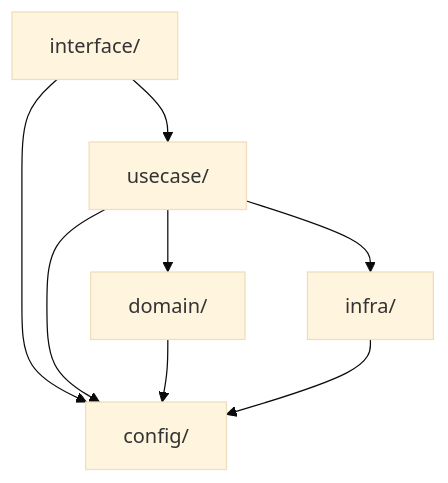
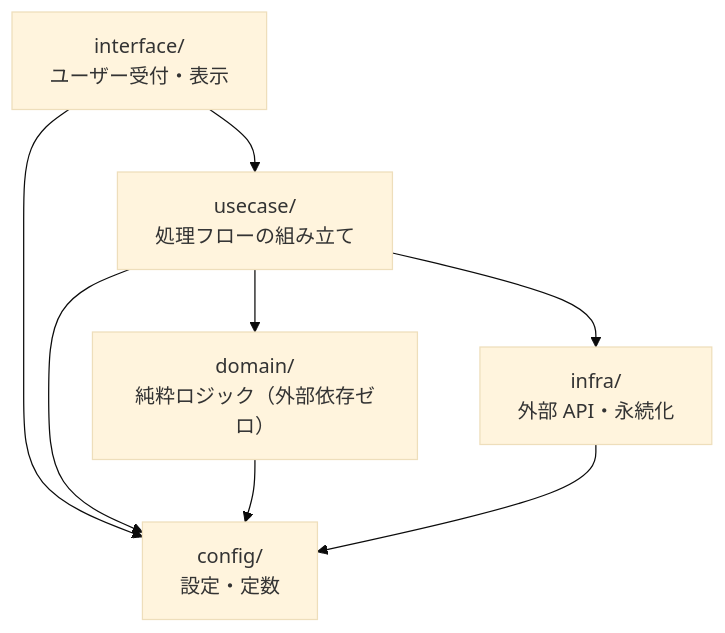
The second of 2 diagrams in docs/architecture.md (daisuke0412/md-checker), drawn with Mermaid (base theme) before and after one commit. The commit also changed other lines of this file and 17 other files, not shown here.

````diff
--- a/docs/architecture.md
+++ b/docs/architecture.md
@@ -213,10 +27,10 @@
 ```mermaid
 flowchart TD
-    interface["interface/"] --> usecase["usecase/"]
-    usecase --> domain["domain/"]
-    usecase --> infra["infra/"]
-    interface --> config["config/"]
+    interface["interface/<br/>ユーザー受付・表示"] --> usecase["usecase/<br/>処理フローの組み立て"]
+    usecase --> domain["domain/<br/>純粋ロジック（外部依存ゼロ）"]
+    usecase --> infra["infra/<br/>外部 API・永続化"]
+    interface --> config["config/<br/>設定・定数"]
     usecase --> config
     domain --> config
     infra --> config
 ```
````
